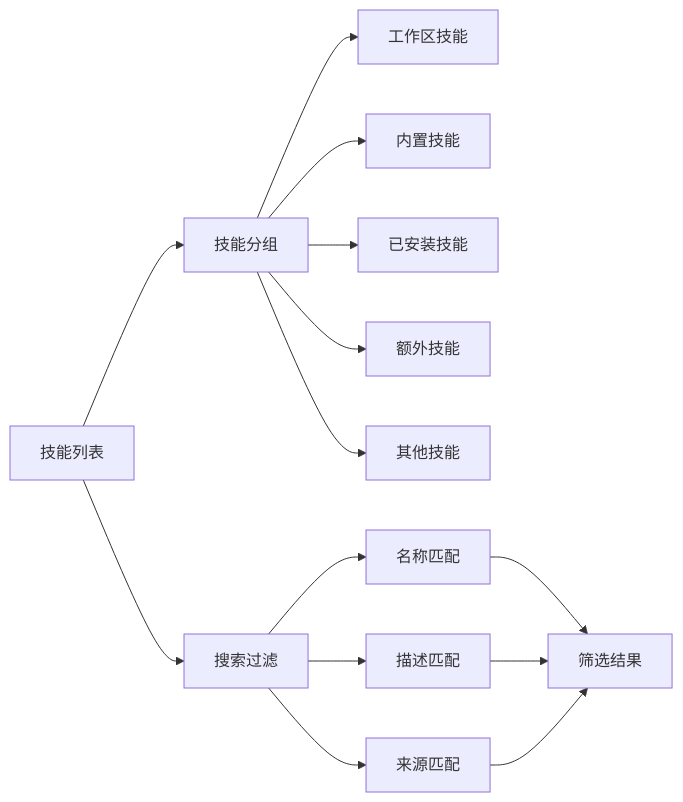
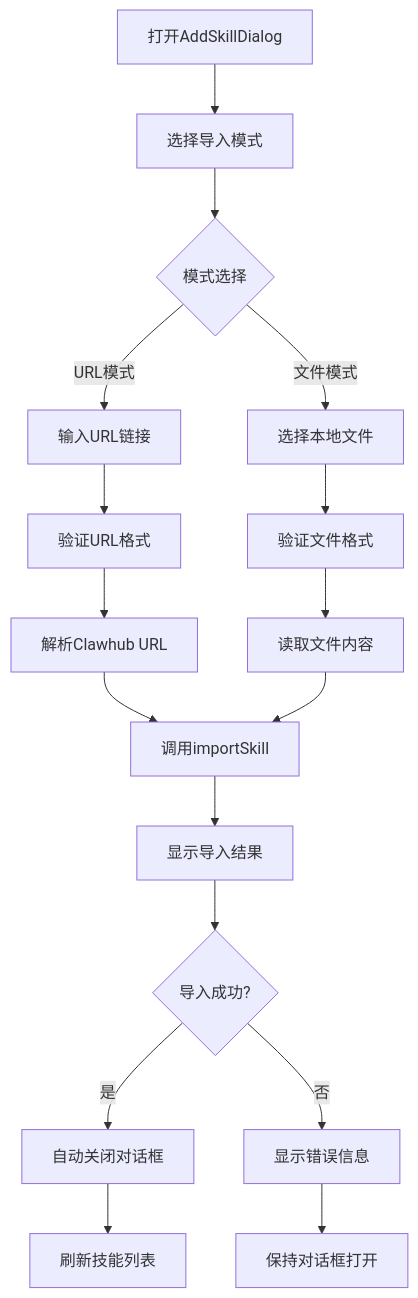
The eighth of 21 diagrams in .qoder/repowiki/zh/content/Web界面/UI组件系统/UI组件系统.md (verse-ai-org/openclaw), drawn with Mermaid before and after one commit. The commit also changed other lines of this file and 75 other files, not shown here.

````diff
--- a/.qoder/repowiki/zh/content/Web界面/UI组件系统/UI组件系统.md
+++ b/.qoder/repowiki/zh/content/Web界面/UI组件系统/UI组件系统.md
@@ -1310,16 +512,19 @@
 ```mermaid
-flowchart LR
-A[技能列表] --> B[技能分组]
-B --> C[工作区技能]
-B --> D[内置技能]
-B --> E[已安装技能]
-B --> F[额外技能]
-B --> G[其他技能]
-A --> H[搜索过滤]
-H --> I[名称匹配]
-H --> J[描述匹配]
-H --> K[来源匹配]
-I --> L[筛选结果]
-J --> L
-K --> L
+flowchart TD
+A[打开AddSkillDialog] --> B[选择导入模式]
+B --> C{模式选择}
+C --> |URL模式| D[输入URL链接]
+C --> |文件模式| E[选择本地文件]
+D --> F[验证URL格式]
+E --> G[验证文件格式]
+F --> H[解析Clawhub URL]
+G --> I[读取文件内容]
+H --> J[调用importSkill]
+I --> J
+J --> K[显示导入结果]
+K --> L{导入成功?}
+L --> |是| M[自动关闭对话框]
+L --> |否| N[显示错误信息]
+M --> O[刷新技能列表]
+N --> P[保持对话框打开]
 ```
````
